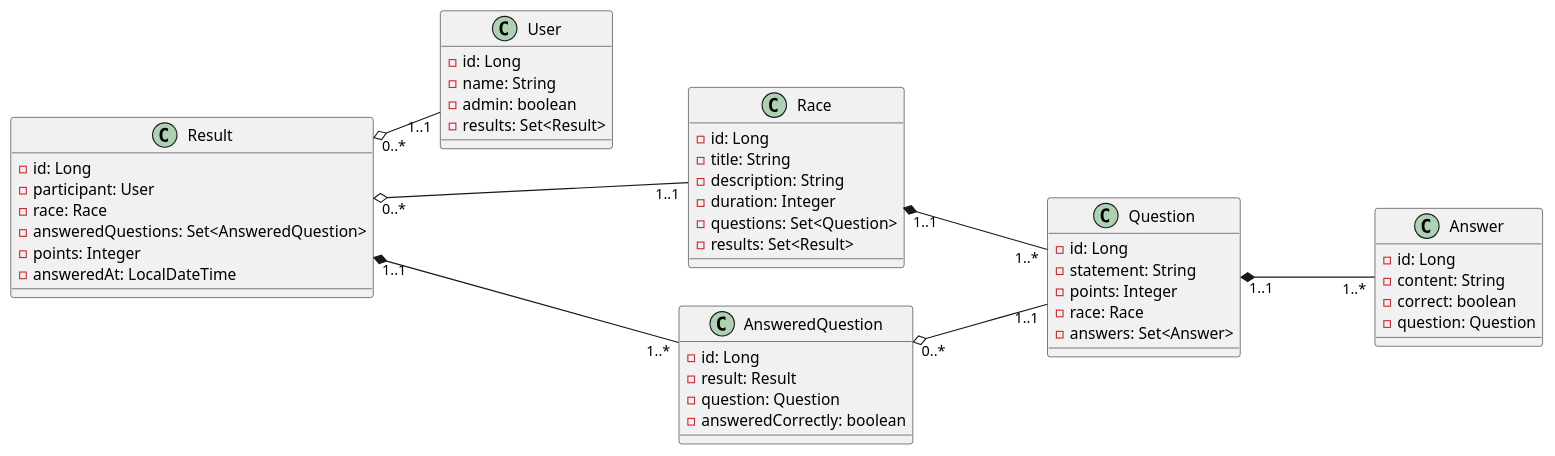
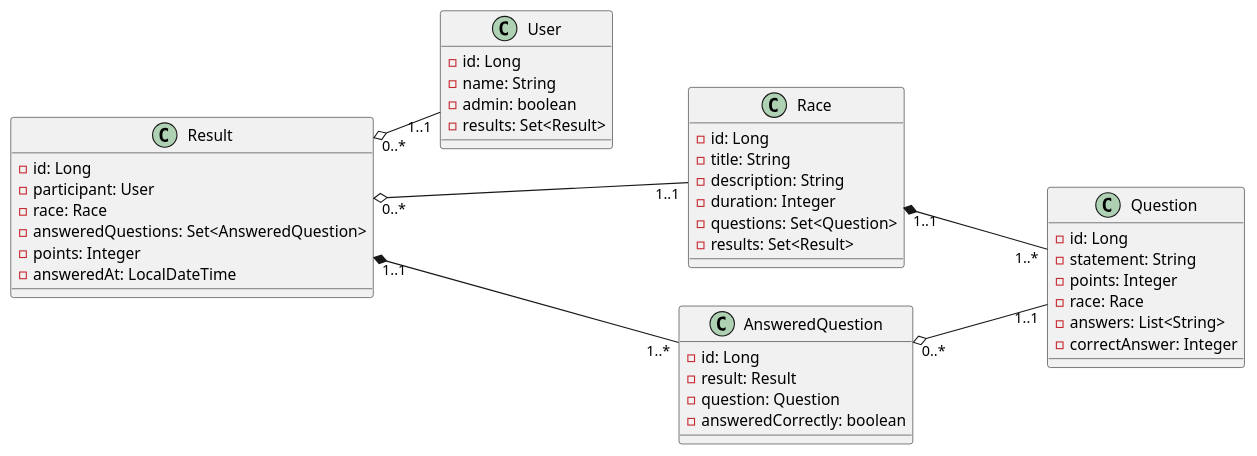
Before and after one commit to araujofs/questions-project: the diagram in model.puml, drawn with PlantUML. The commit also changed 2 other files, not shown here.

Commit message:
fix: remove answer entity

```diff
--- a/model.puml
+++ b/model.puml
@@ -1,60 +1,53 @@
 @startuml main
   left to right direction
 
   class "User" as u {
     - id: Long
     - name: String
     - admin: boolean
     - results: Set<Result>
   }
 
   class "Race" as r {
     - id: Long
     - title: String
     - description: String
     - duration: Integer
     - questions: Set<Question>
     - results: Set<Result>
   }
 
   class "Question" as q {
     - id: Long
     - statement: String
     - points: Integer
     - race: Race
-    - answers: Set<Answer>
-  }
-
-  class "Answer" as a {
-    - id: Long
-    - content: String
-    - correct: boolean
-    - question: Question
+    - answers: List<String>
+    - correctAnswer: Integer
   }
 
   class "Result" as re {
     - id: Long
     - participant: User
     - race: Race
     - answeredQuestions: Set<AnsweredQuestion>
     - points: Integer
     - answeredAt: LocalDateTime
   }
 
   class "AnsweredQuestion" as aq {
     - id: Long
     - result: Result
     - question: Question
     - answeredCorrectly: boolean
   }
 
   r "1..1" *--- "1..*" q
-  q "1..1" *--- "1..*" a
 
   re "0..*" o-- "1..1" u
   re "0..*" o--- "1..1" r
 
   re "1..1" *-- "1..*" aq
   aq "0..*" o--- "1..1" q
 
 @enduml
```
